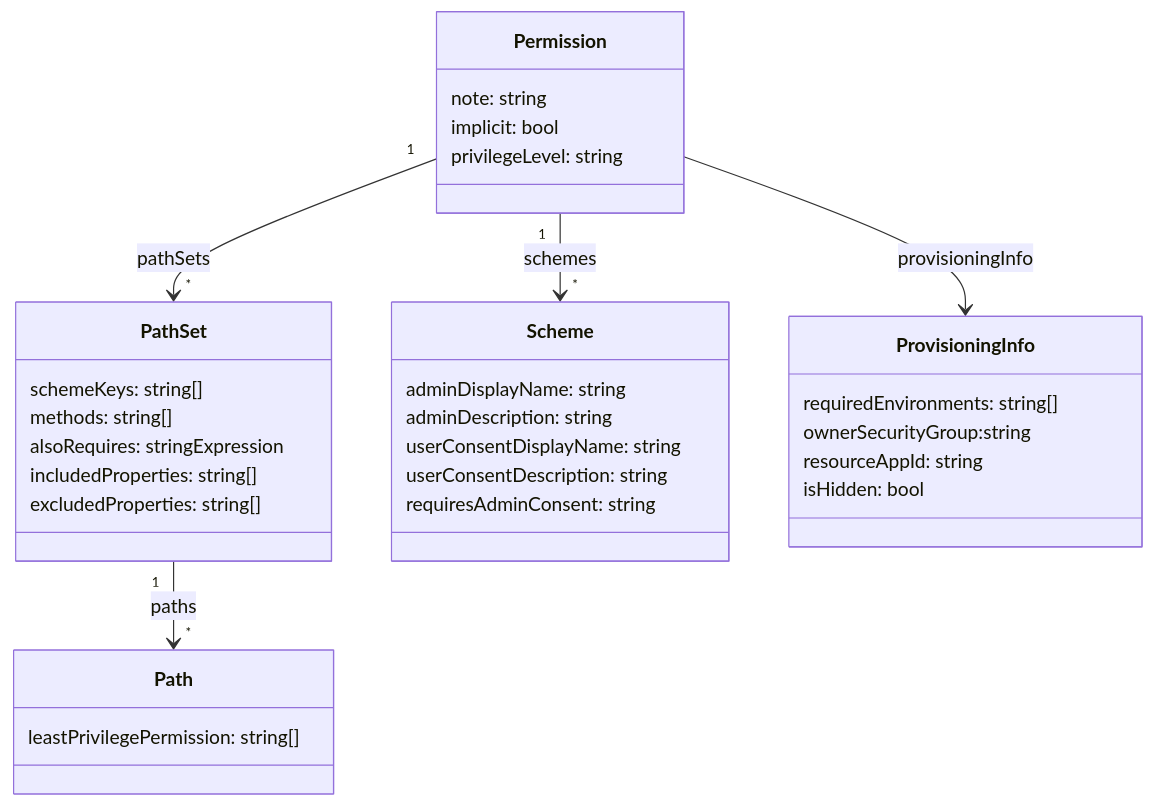
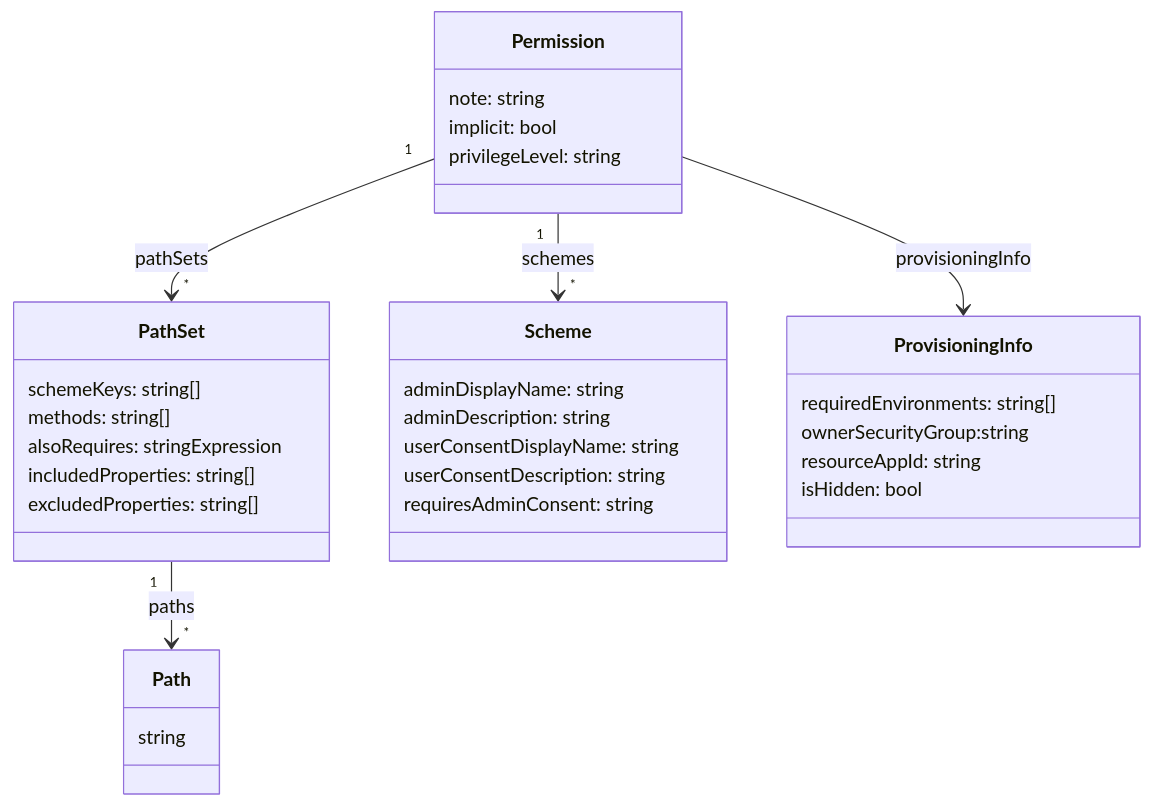
The diagram in specs/permissions.md (microsoftgraph/msgraph-metadata), drawn with Mermaid before and after one commit. The commit also changed other lines of this file and 1 other file, not shown here.

Commit message:
Update permissions schema

````diff
--- a/specs/permissions.md
+++ b/specs/permissions.md
@@ -198,41 +199,41 @@
 ```mermaid
 classDiagram
 
     class Permission{
         note: string
         implicit: bool
         privilegeLevel: string
     }
     Permission "1" --> "*" PathSet:pathSets
     Permission "1" --> "*" Scheme:schemes
     Permission  -->  ProvisioningInfo:provisioningInfo
 
     class ProvisioningInfo {
         requiredEnvironments: string[]
         ownerSecurityGroup:string
         resourceAppId: string
         isHidden: bool
     }
 
     class PathSet{
         schemeKeys: string[]     
         methods: string[] 
         alsoRequires: stringExpression 
         includedProperties: string[]     
         excludedProperties: string[]     
     }
     PathSet "1" --> "*" Path:paths
 
     class Path{
-        leastPrivilegePermission: string[]
+        string
     }
 
     class Scheme{
         adminDisplayName: string
         adminDescription: string
         userConsentDisplayName: string
         userConsentDescription: string
         requiresAdminConsent: string
     }
 
 ```
````
